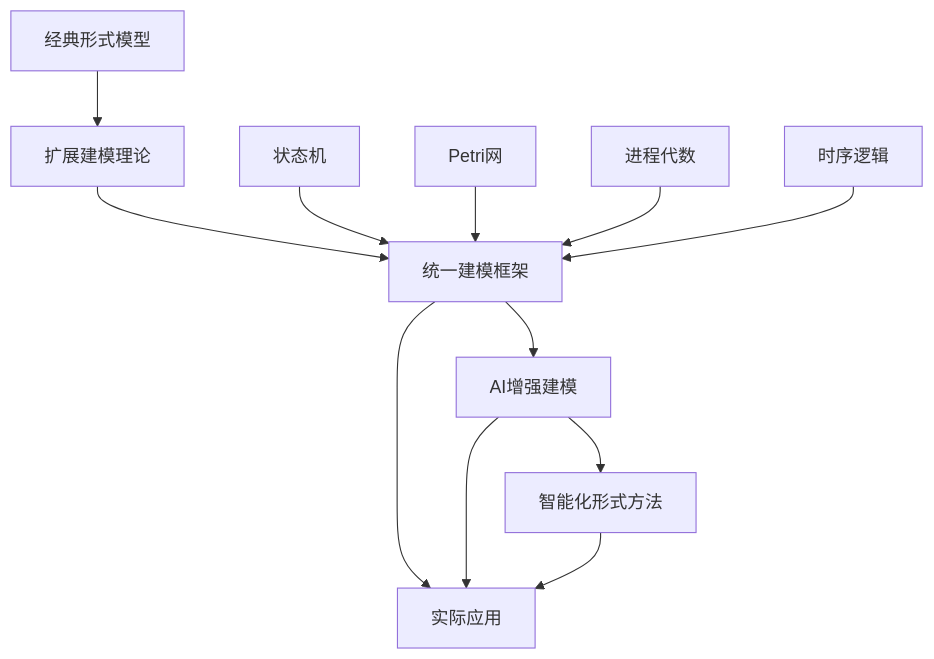
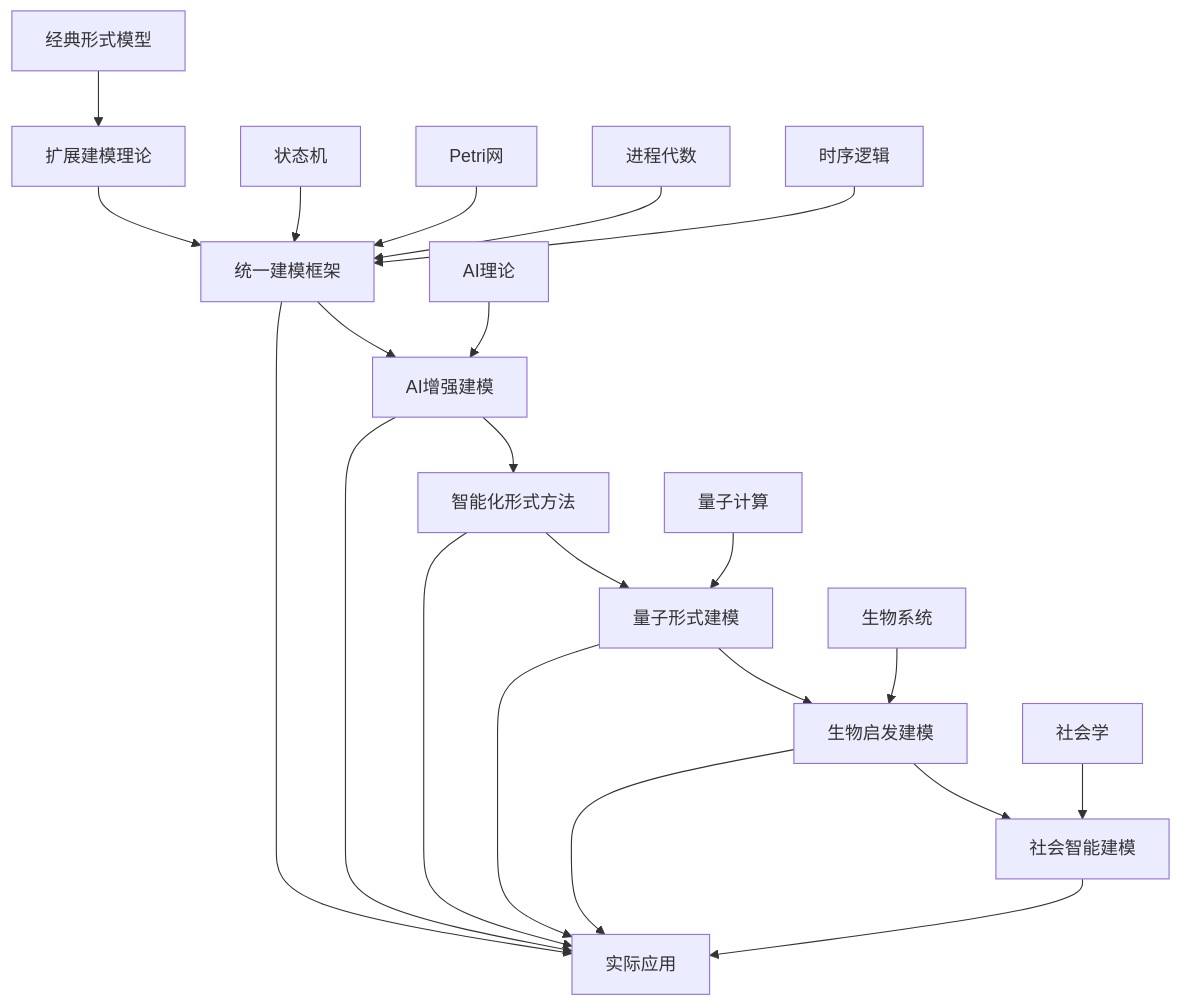
One commit to AdaMartin18010/formal-architecture changed the diagram in FormalUnified/04-形式模型理论体系/process.md. Above: the diagram before and after it, drawn with Mermaid. The commit also changed other lines of this file and 152 other files, not shown here.

````diff
--- a/FormalUnified/04-形式模型理论体系/process.md
+++ b/FormalUnified/04-形式模型理论体系/process.md
@@ -87,16 +146,26 @@
 ```mermaid
 graph TD
     A[经典形式模型] --> B[扩展建模理论]
     B --> C[统一建模框架]
     C --> D[AI增强建模]
     D --> E[智能化形式方法]
+    E --> F[量子形式建模]
+    F --> G[生物启发建模]
+    G --> H[社会智能建模]
     
-    F[状态机] --> C
-    G[Petri网] --> C
-    H[进程代数] --> C
-    I[时序逻辑] --> C
+    I[状态机] --> C
+    J[Petri网] --> C
+    K[进程代数] --> C
+    L[时序逻辑] --> C
+    M[AI理论] --> D
+    N[量子计算] --> F
+    O[生物系统] --> G
+    P[社会学] --> H
     
-    C --> J[实际应用]
-    D --> J
-    E --> J
+    C --> Q[实际应用]
+    D --> Q
+    E --> Q
+    F --> Q
+    G --> Q
+    H --> Q
 ```
````
